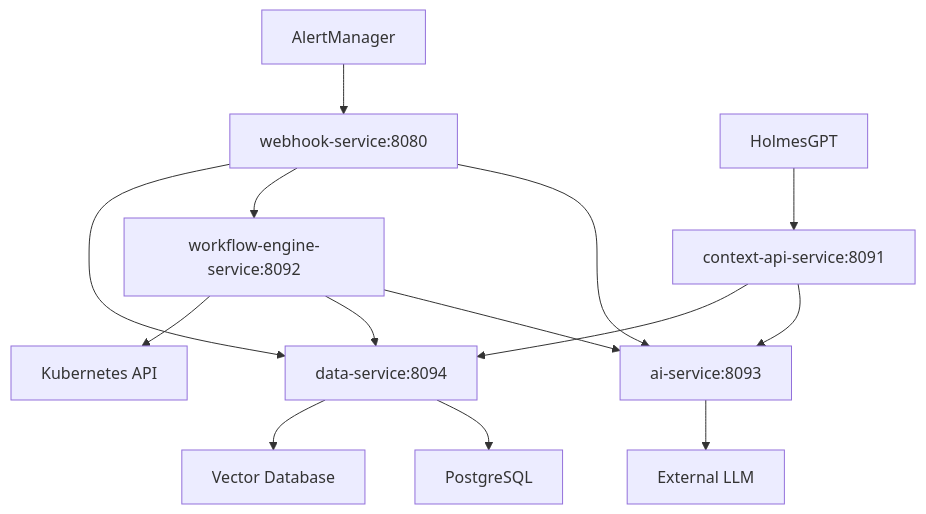
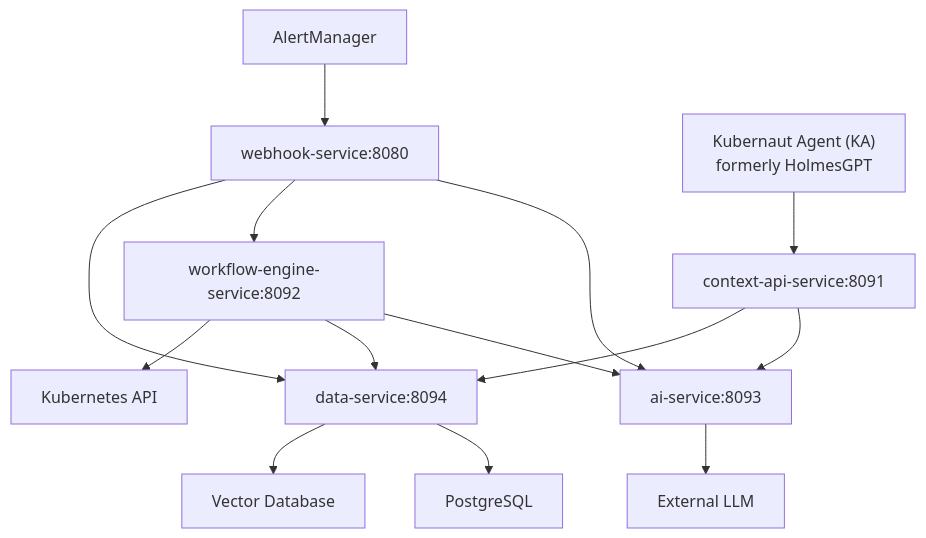
The diagram in docs/architecture/MICROSERVICES_COMMUNICATION_ARCHITECTURE.md (jordigilh/kubernaut), drawn with Mermaid before and after one commit. The commit also changed other lines of this file and 10 other files, not shown here.

````diff
--- a/docs/architecture/MICROSERVICES_COMMUNICATION_ARCHITECTURE.md
+++ b/docs/architecture/MICROSERVICES_COMMUNICATION_ARCHITECTURE.md
@@ -115,20 +131,20 @@
 ```mermaid
 graph TB
     ALM[AlertManager] --> WH[webhook-service:8080]
-    HGP[HolmesGPT] --> CA[context-api-service:8091]
+    KA["Kubernaut Agent (KA)<br/>formerly HolmesGPT"] --> CA[context-api-service:8091]
 
     WH --> AI[ai-service:8093]
     WH --> WE[workflow-engine-service:8092]
     WH --> DS[data-service:8094]
 
     CA --> AI
     CA --> DS
 
     WE --> AI
     WE --> DS
     WE --> K8S[Kubernetes API]
 
     AI --> LLM[External LLM]
     DS --> PG[PostgreSQL]
     DS --> VDB[Vector Database]
 ```
````
